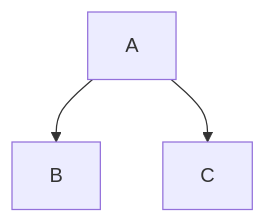
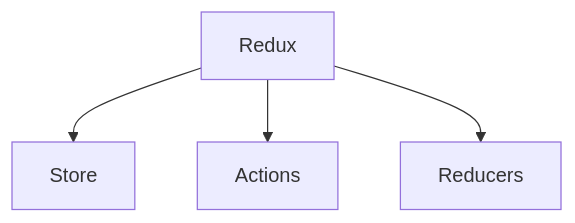
One commit to vishal-android-freak/React-Resources changed the diagram in all-about-redux.md. Above: the diagram before and after it, drawn with Mermaid. The commit also changed other lines of this file, not shown here.

Commit message:
Uploaded by https://stackedit.io/

````diff
--- a/all-about-redux.md
+++ b/all-about-redux.md
@@ -9,5 +9,6 @@
 ```mermaid
 graph TD;
-A --> B
-A --> C
+Redux --> Store
+Redux --> Actions
+Redux --> Reducers
 ```
````
